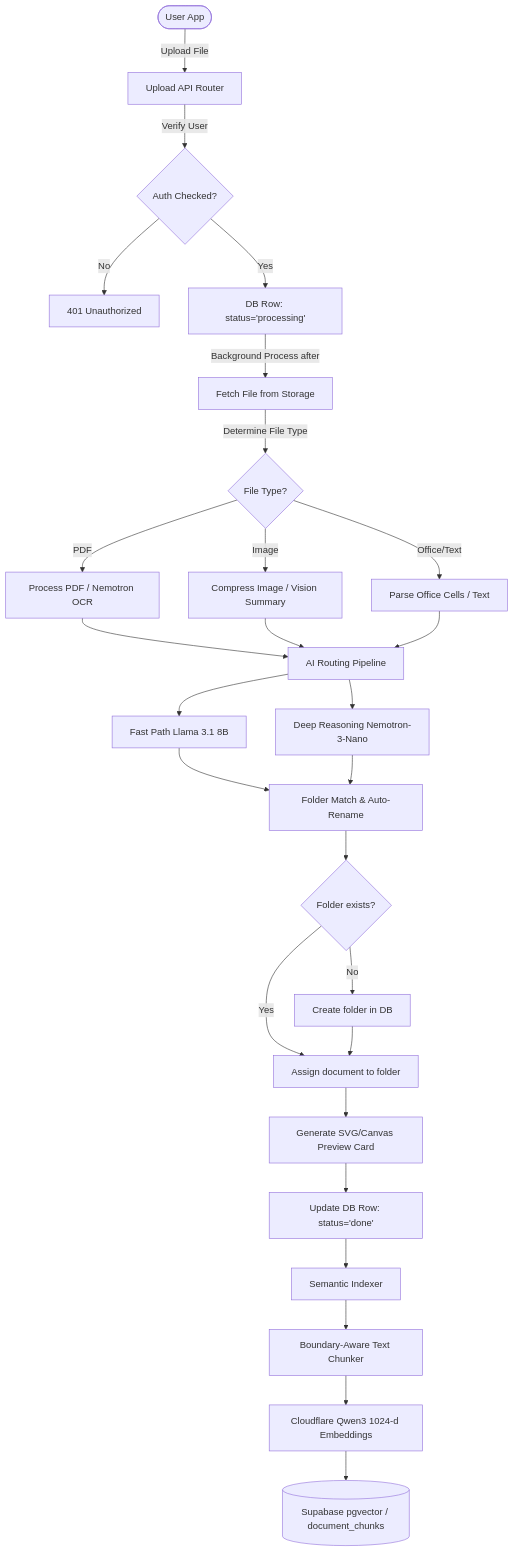
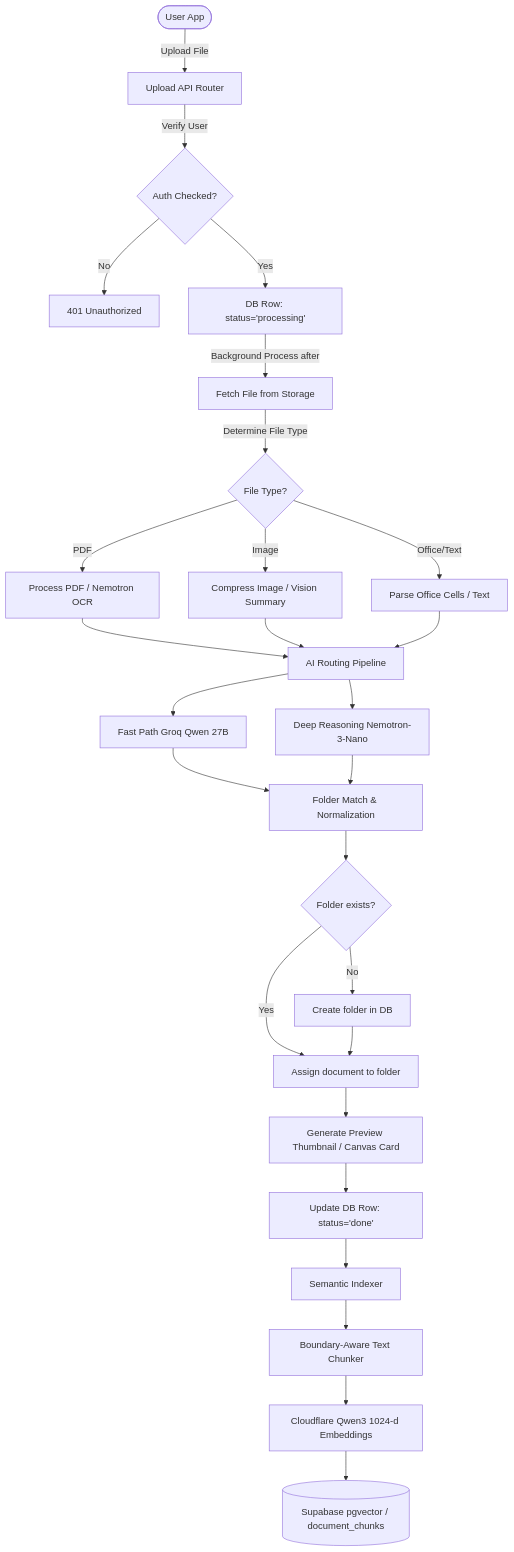
One commit to aayushverma246-ai/PaperWait changed the first of 2 diagrams in README.md. Above: the diagram before and after it, drawn with Mermaid. The commit also changed other lines of this file, not shown here.

Commit message:
docs: comprehensive update of README with architecture, multi-format pipeline, API reference, and verified system benchmarks

````diff
--- a/README.md
+++ b/README.md
@@ -66,36 +83,36 @@
 ```mermaid
 graph TD
     User([User App]) -->|Upload File| UploadAPI[Upload API Router]
     UploadAPI -->|Verify User| AuthCheck{Auth Checked?}
     AuthCheck -->|No| Unauthorized[401 Unauthorized]
     AuthCheck -->|Yes| DBInit[DB Row: status='processing']
     
     DBInit -->|Background Process after| Download[Fetch File from Storage]
     Download -->|Determine File Type| Pipeline{File Type?}
     
     Pipeline -->|PDF| PDFOcr[Process PDF / Nemotron OCR]
     Pipeline -->|Image| ImgOcr[Compress Image / Vision Summary]
     Pipeline -->|Office/Text| TextParse[Parse Office Cells / Text]
     
     PDFOcr --> LLMRoute[AI Routing Pipeline]
     ImgOcr --> LLMRoute
     TextParse --> LLMRoute
     
-    LLMRoute --> LlamaPath[Fast Path Llama 3.1 8B]
+    LLMRoute --> GroqPath[Fast Path Groq Qwen 27B]
     LLMRoute --> NemoPath[Deep Reasoning Nemotron-3-Nano]
     
-    LlamaPath --> Normalizer[Folder Match & Auto-Rename]
+    GroqPath --> Normalizer[Folder Match & Normalization]
     NemoPath --> Normalizer
     
     Normalizer --> FolderMatch{Folder exists?}
     FolderMatch -->|Yes| BindDoc[Assign document to folder]
     FolderMatch -->|No| CreateFolder[Create folder in DB] --> BindDoc
     
-    BindDoc --> GenPreview[Generate SVG/Canvas Preview Card]
+    BindDoc --> GenPreview[Generate Preview Thumbnail / Canvas Card]
     GenPreview --> SaveDB[Update DB Row: status='done']
     
     SaveDB --> AutoIndex[Semantic Indexer]
     AutoIndex --> Chunker[Boundary-Aware Text Chunker]
     Chunker --> Embeddings[Cloudflare Qwen3 1024-d Embeddings]
     Embeddings --> VectorDB[(Supabase pgvector / document_chunks)]
 ```
````
